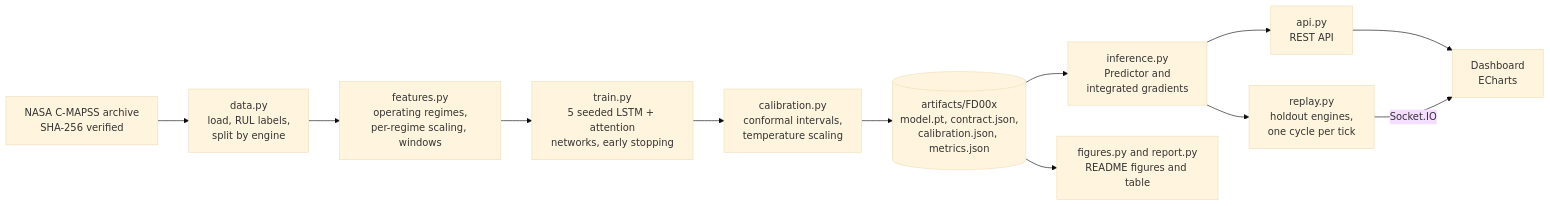
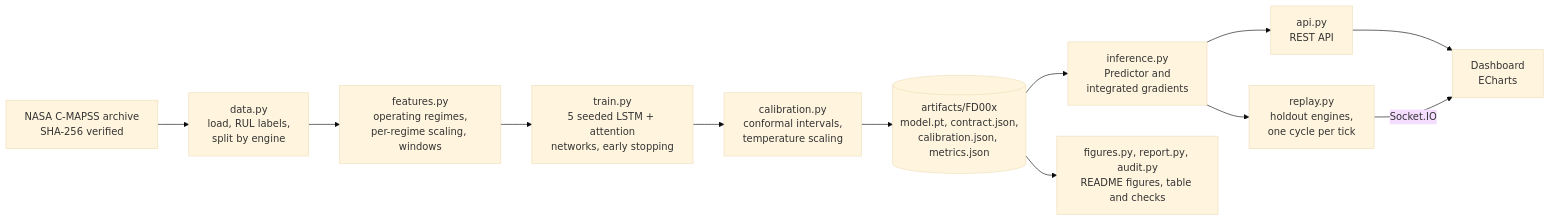
One commit to easensoy/ml-predictive-maintenance-system changed the diagram in README.md. Above: the diagram before and after it, drawn with Mermaid (base theme). The commit also changed other lines of this file, not shown here.

````diff
--- a/README.md
+++ b/README.md
@@ -98,14 +130,14 @@
 ```mermaid
 flowchart LR
     A["NASA C-MAPSS archive<br/>SHA-256 verified"] --> B["data.py<br/>load, RUL labels,<br/>split by engine"]
     B --> C["features.py<br/>operating regimes,<br/>per-regime scaling, windows"]
     C --> D["train.py<br/>5 seeded LSTM + attention<br/>networks, early stopping"]
     D --> E["calibration.py<br/>conformal intervals,<br/>temperature scaling"]
     E --> F[("artifacts/FD00x<br/>model.pt, contract.json,<br/>calibration.json, metrics.json")]
     F --> G["inference.py<br/>Predictor and<br/>integrated gradients"]
     G --> H["api.py<br/>REST API"]
     G --> I["replay.py<br/>holdout engines,<br/>one cycle per tick"]
     H --> K["Dashboard<br/>ECharts"]
     I -- Socket.IO --> K
-    F --> L["figures.py and report.py<br/>README figures and table"]
+    F --> L["figures.py, report.py, audit.py<br/>README figures, table and checks"]
 ```
````
